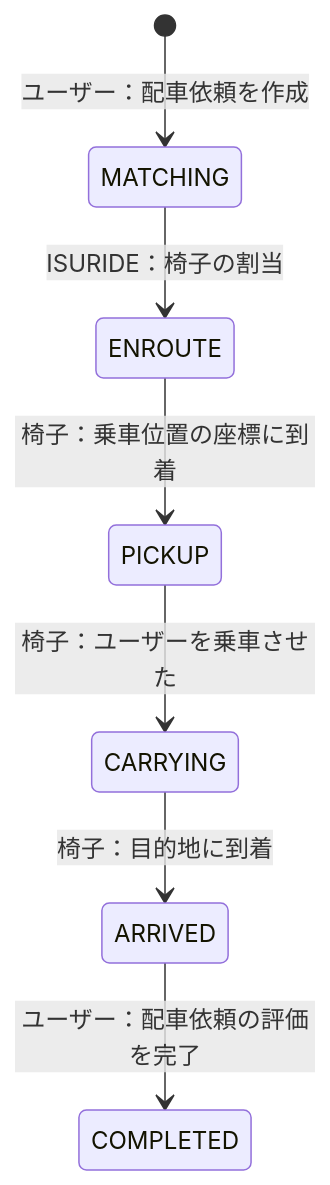
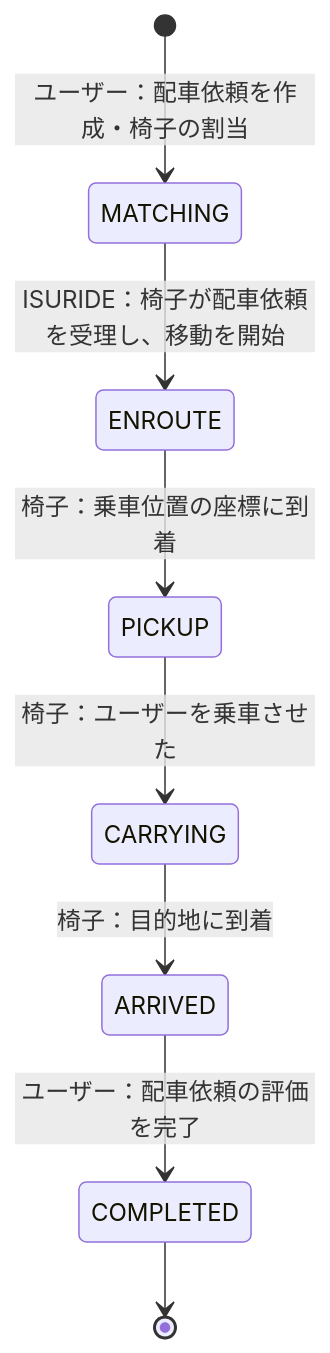
Before and after one commit to suguru03/isucon14: the diagram in docs/ISURIDE.md, drawn with Mermaid. The commit also changed other lines of this file and 3 other files, not shown here.

````diff
--- a/docs/ISURIDE.md
+++ b/docs/ISURIDE.md
@@ -53,9 +54,10 @@
 ```mermaid
 stateDiagram-v2 
-  [*] --> MATCHING: ユーザー：配車依頼を作成
-  MATCHING --> ENROUTE: ISURIDE：椅子の割当
+  [*] --> MATCHING: ユーザー：配車依頼を作成・椅子の割当
+  MATCHING --> ENROUTE: ISURIDE：椅子が配車依頼を受理し、移動を開始
   ENROUTE --> PICKUP: 椅子：乗車位置の座標に到着
   PICKUP --> CARRYING: 椅子：ユーザーを乗車させた
   CARRYING --> ARRIVED: 椅子：目的地に到着
   ARRIVED --> COMPLETED: ユーザー：配車依頼の評価を完了
+  COMPLETED --> [*]
 ```
````
